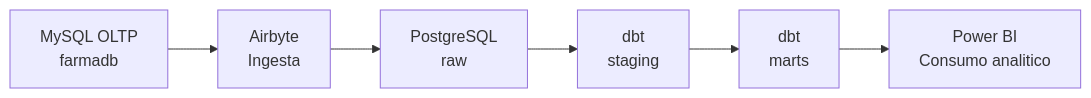
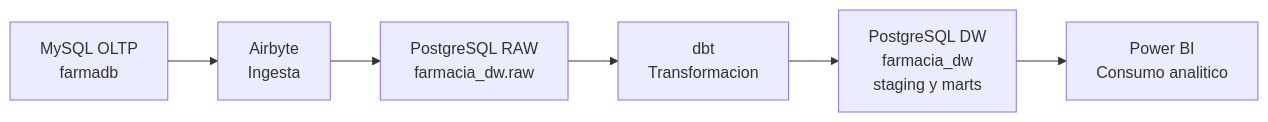
One commit to 261bi/farmacia-bi changed the diagram in README.md. Above: the diagram before and after it, drawn with Mermaid.

````diff
--- a/README.md
+++ b/README.md
@@ -13,8 +13,8 @@
 ```mermaid
 flowchart LR
     A[MySQL OLTP<br/>farmadb] --> B[Airbyte<br/>Ingesta]
-    B --> C[PostgreSQL<br/>raw]
-    C --> D[dbt<br/>staging]
-    D --> E[dbt<br/>marts]
+    B --> C[PostgreSQL RAW<br/>farmacia_dw.raw]
+    C --> D[dbt<br/>Transformacion]
+    D --> E[PostgreSQL DW<br/>farmacia_dw<br/>staging y marts]
     E --> F[Power BI<br/>Consumo analitico]
 ```
````
